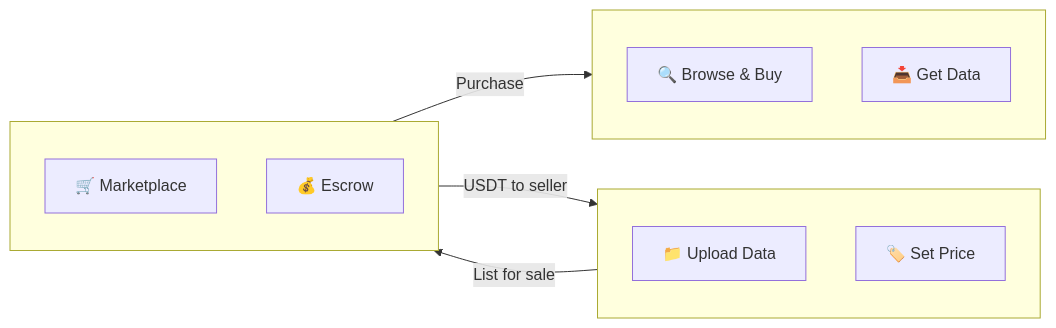
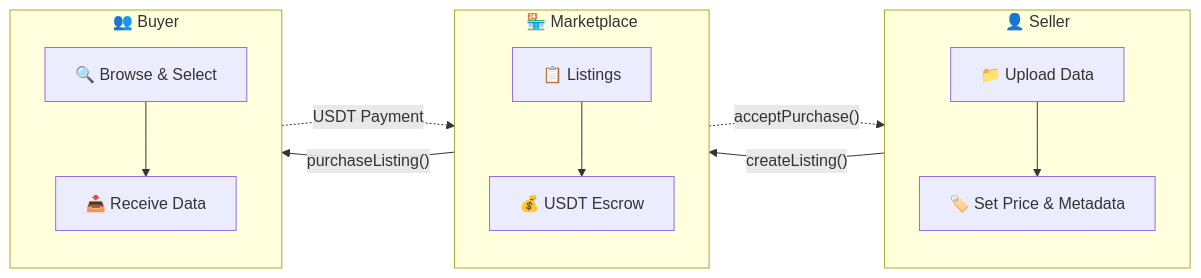
One commit to Selcuk05/veridy-core changed the first of 2 diagrams in README.md. Above: the diagram before and after it, drawn with Mermaid. The commit also changed other lines of this file, not shown here.

````diff
--- a/README.md
+++ b/README.md
@@ -11,24 +11,22 @@
 ```mermaid
 flowchart LR
-    subgraph sell [" "]
+    subgraph sell ["👤 Seller"]
         direction TB
-        S1[📁 Upload Data]
-        S2[🏷️ Set Price]
+        S1[📁 Upload Data] --> S2[🏷️ Set Price & Metadata]
     end
 
-    subgraph market [" "]
+    subgraph market ["🏪 Marketplace"]
         direction TB
-        M1[🛒 Marketplace]
-        M2[💰 Escrow]
+        M1[📋 Listings] --> M2[💰 USDT Escrow]
     end
 
-    subgraph buy [" "]
+    subgraph buy ["👥 Buyer"]
         direction TB
-        B1[🔍 Browse & Buy]
-        B2[📥 Get Data]
+        B1[🔍 Browse & Select] --> B2[📥 Receive Data]
     end
 
-    sell -->|List for sale| market
-    market -->|Purchase| buy
-    M2 -->|USDT to seller| sell
+    sell -->|"createListing()"| market
+    market -->|"purchaseListing()"| buy
+    buy -.->|"USDT Payment"| market
+    market -.->|"acceptPurchase()"| sell
 ```
````
